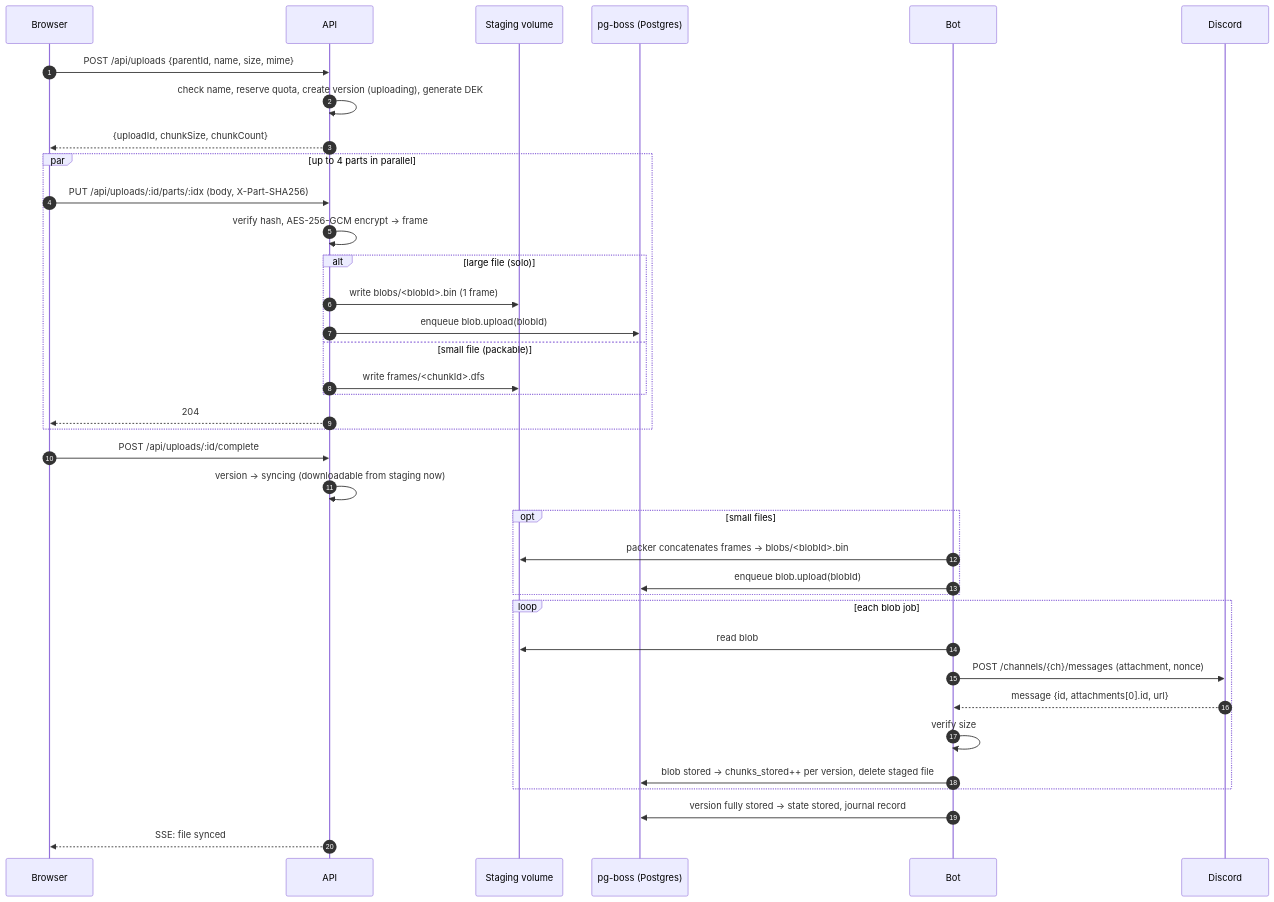
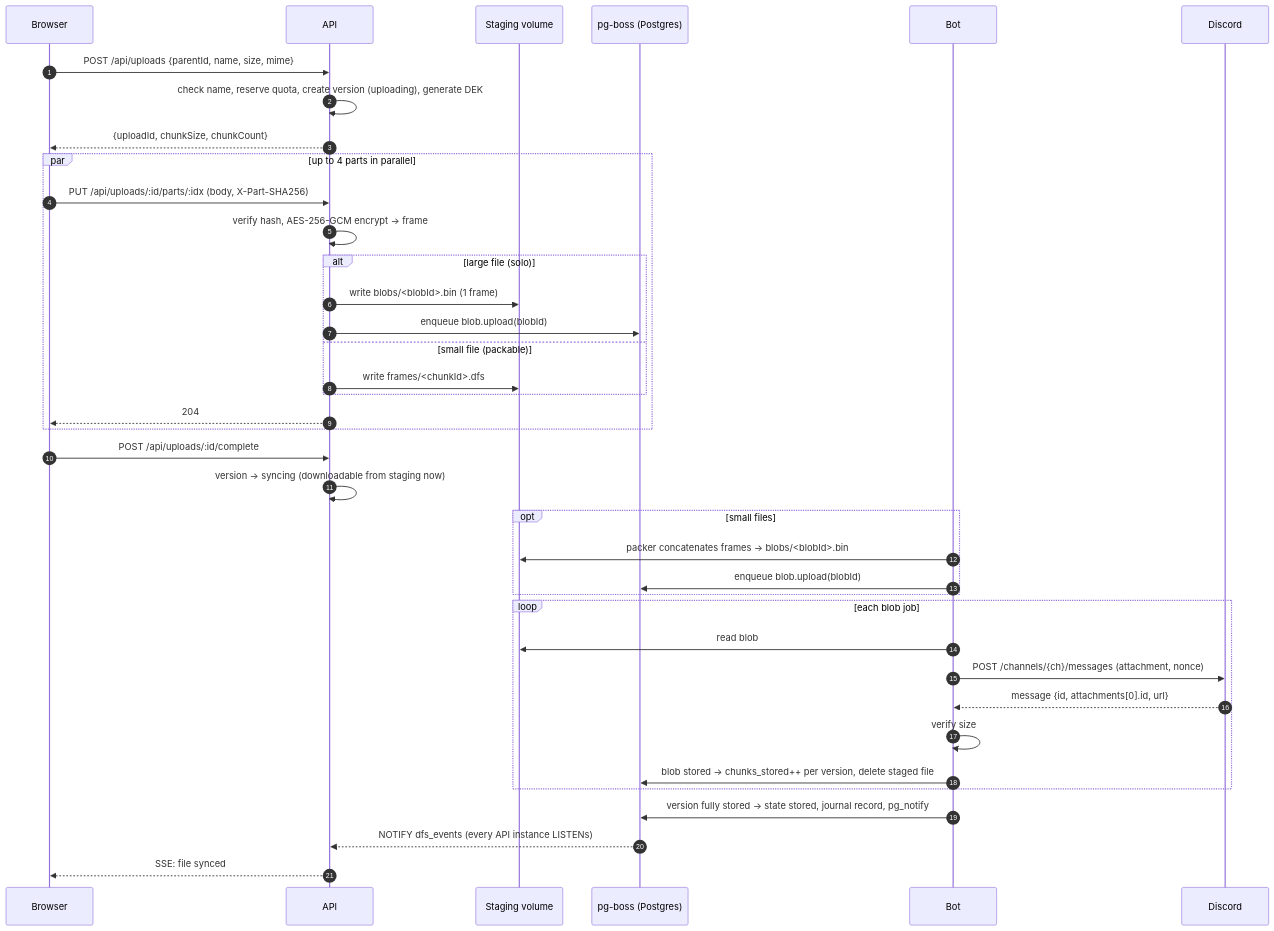
The sixth of 10 diagrams in docs/DESIGN.md (AlexB8675/DFS), drawn with Mermaid before and after one commit. The commit also changed other lines of this file, not shown here.

````diff
--- a/docs/DESIGN.md
+++ b/docs/DESIGN.md
@@ -358,40 +363,41 @@
 ```mermaid
 sequenceDiagram
     autonumber
     participant B as Browser
     participant A as API
     participant S as Staging volume
     participant Q as pg-boss (Postgres)
     participant Bot as Bot
     participant D as Discord
 
     B->>A: POST /api/uploads {parentId, name, size, mime}
     A->>A: check name, reserve quota, create version (uploading), generate DEK
     A-->>B: {uploadId, chunkSize, chunkCount}
     par up to 4 parts in parallel
         B->>A: PUT /api/uploads/:id/parts/:idx (body, X-Part-SHA256)
         A->>A: verify hash, AES-256-GCM encrypt → frame
         alt large file (solo)
             A->>S: write blobs/<blobId>.bin (1 frame)
             A->>Q: enqueue blob.upload(blobId)
         else small file (packable)
             A->>S: write frames/<chunkId>.dfs
         end
         A-->>B: 204
     end
     B->>A: POST /api/uploads/:id/complete
     A->>A: version → syncing (downloadable from staging now)
     opt small files
         Bot->>S: packer concatenates frames → blobs/<blobId>.bin
         Bot->>Q: enqueue blob.upload(blobId)
     end
     loop each blob job
         Bot->>S: read blob
         Bot->>D: POST /channels/{ch}/messages (attachment, nonce)
         D-->>Bot: message {id, attachments[0].id, url}
         Bot->>Bot: verify size
         Bot->>Q: blob stored → chunks_stored++ per version, delete staged file
     end
-    Bot->>Q: version fully stored → state stored, journal record
+    Bot->>Q: version fully stored → state stored, journal record, pg_notify
+    Q-->>A: NOTIFY dfs_events (every API instance LISTENs)
     A-->>B: SSE: file synced
 ```
````
